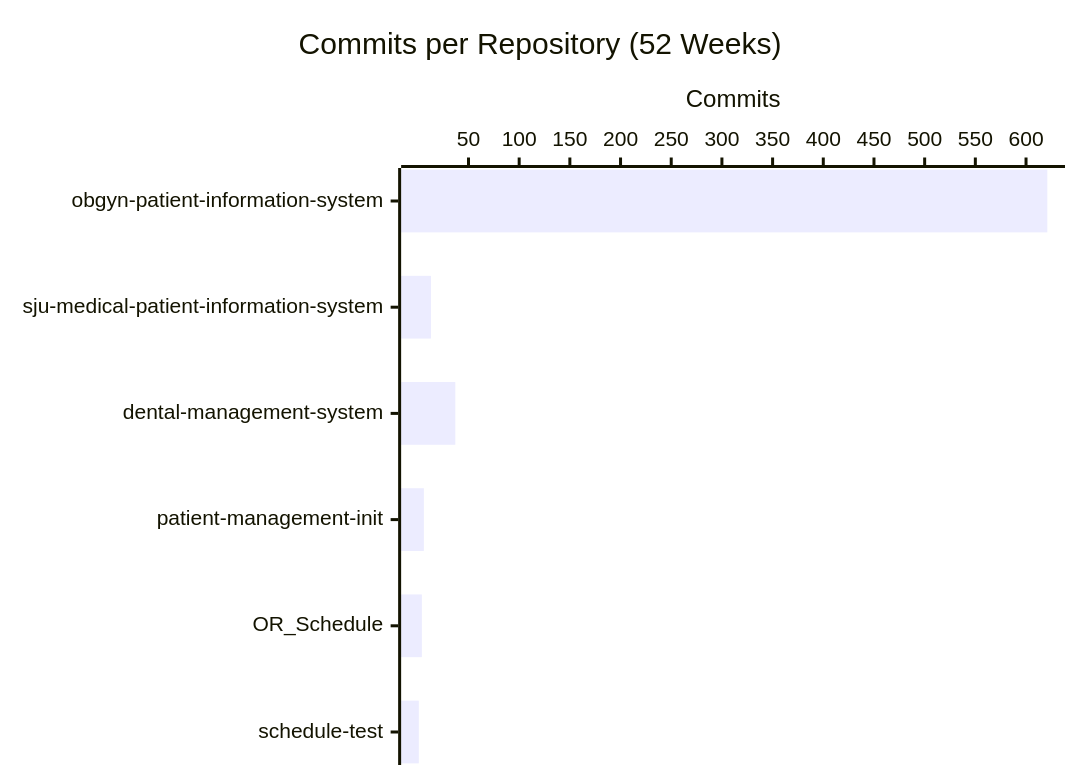
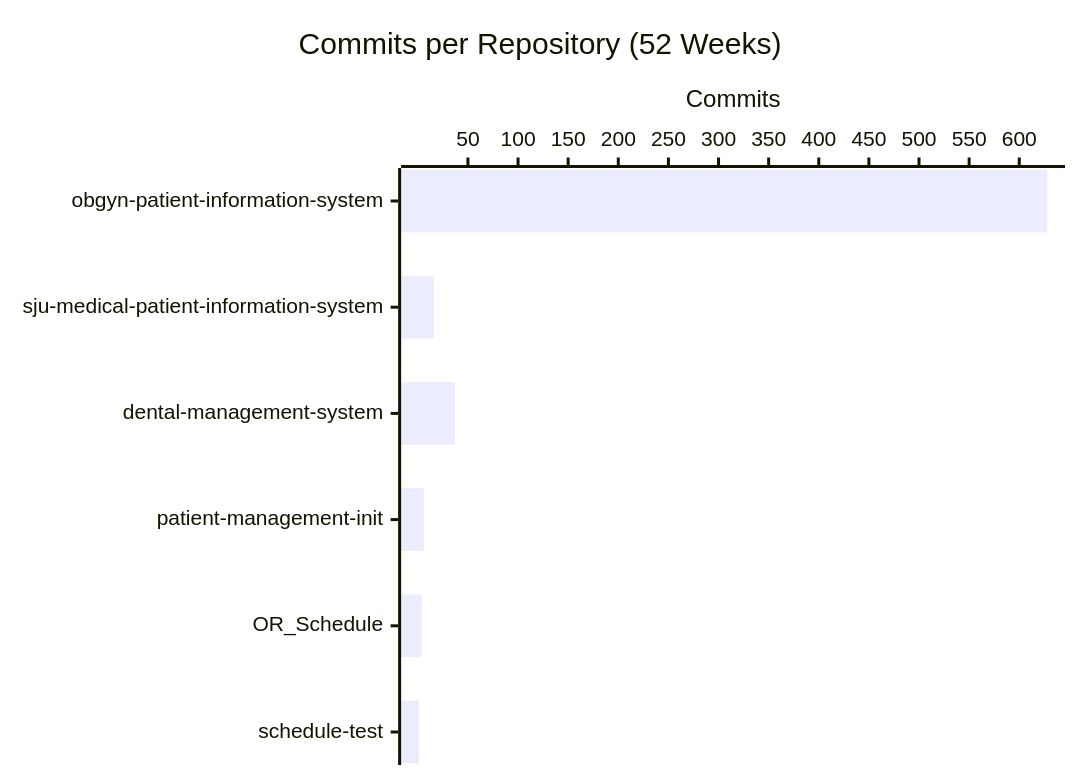
Before and after one commit to CSTH-Projects/.github: the second of 4 diagrams in profile/README.md, drawn with Mermaid. The commit also changed other lines of this file, not shown here.

````diff
--- a/profile/README.md
+++ b/profile/README.md
@@ -24,7 +24,7 @@
 ```mermaid
 xychart-beta horizontal
     title "Commits per Repository (52 Weeks)"
     x-axis ["obgyn-patient-information-system", "sju-medical-patient-information-system", "dental-management-system", "patient-management-init", "OR_Schedule", "schedule-test"]
     y-axis "Commits"
-    bar [621, 13, 37, 6, 4, 1]
+    bar [628, 16, 37, 6, 4, 1]
 ```
````
